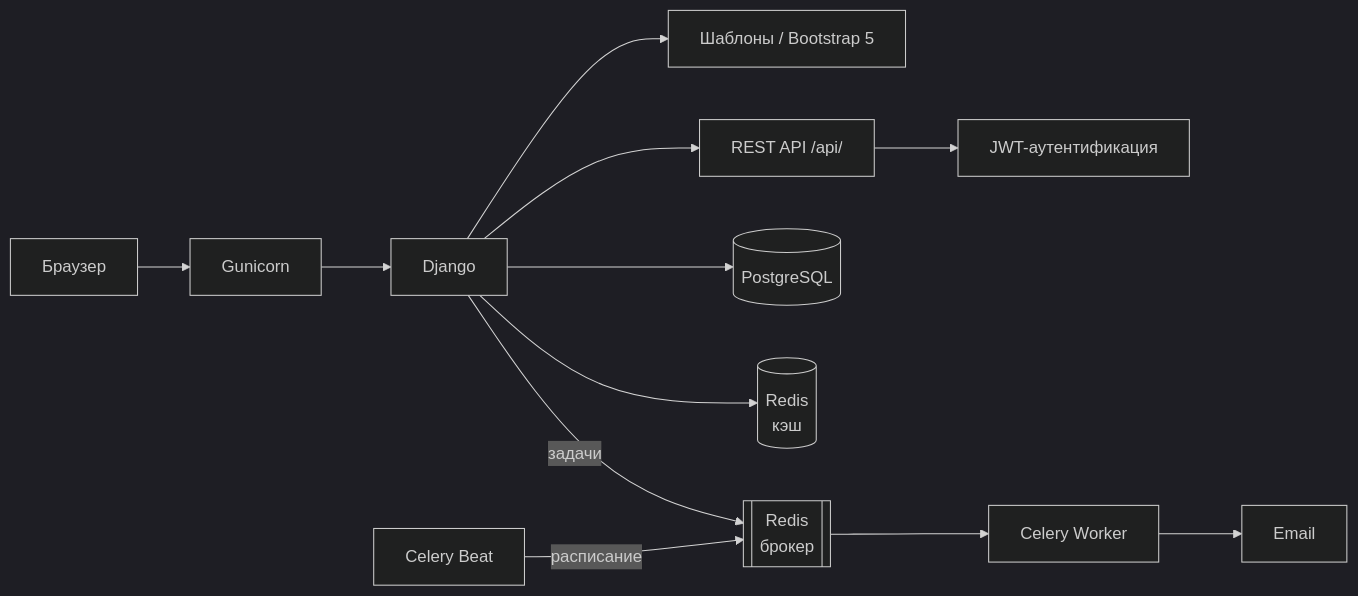
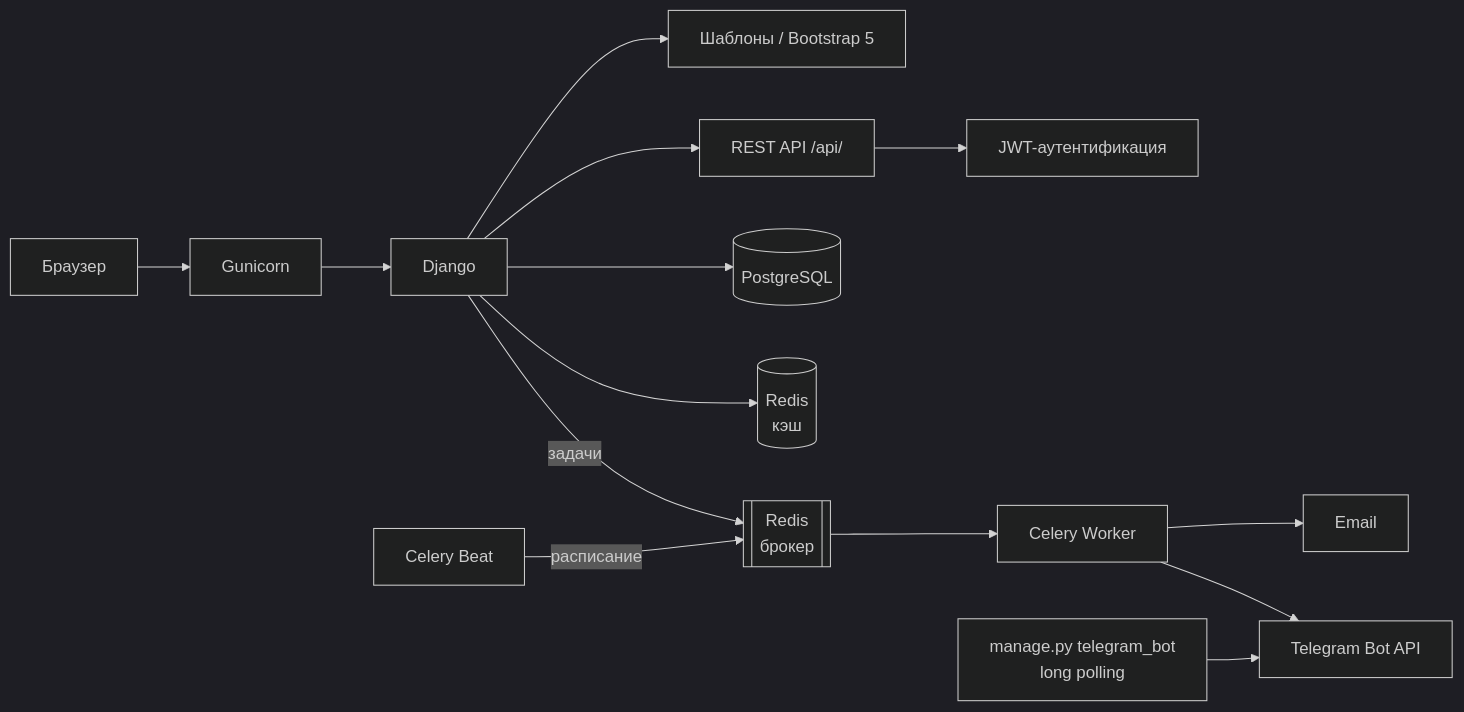
The diagram in README.md (An2rei-84/DiaMed), drawn with Mermaid (dark theme) before and after one commit. The commit also changed other lines of this file, not shown here.

First line of the commit message:
docs: README — три слоя автотестов, Telegram-уведомления, обновлённые бейджи

````diff
--- a/README.md
+++ b/README.md
@@ -39,14 +51,16 @@
 ```mermaid
 flowchart LR
     B[Браузер] --> G[Gunicorn]
     G --> D[Django]
     D --> T[Шаблоны / Bootstrap 5]
     D --> A[REST API /api/]
     A --> JWT[JWT-аутентификация]
     D --> PG[(PostgreSQL)]
     D --> R[(Redis<br/>кэш)]
     D -->|задачи| RQ[[Redis<br/>брокер]]
     RQ --> W[Celery Worker]
     BE[Celery Beat] -->|расписание| RQ
     W --> SMTP[Email]
+    W --> TG[Telegram Bot API]
+    TB[manage.py telegram_bot<br/>long polling] --> TG
 ```
````
